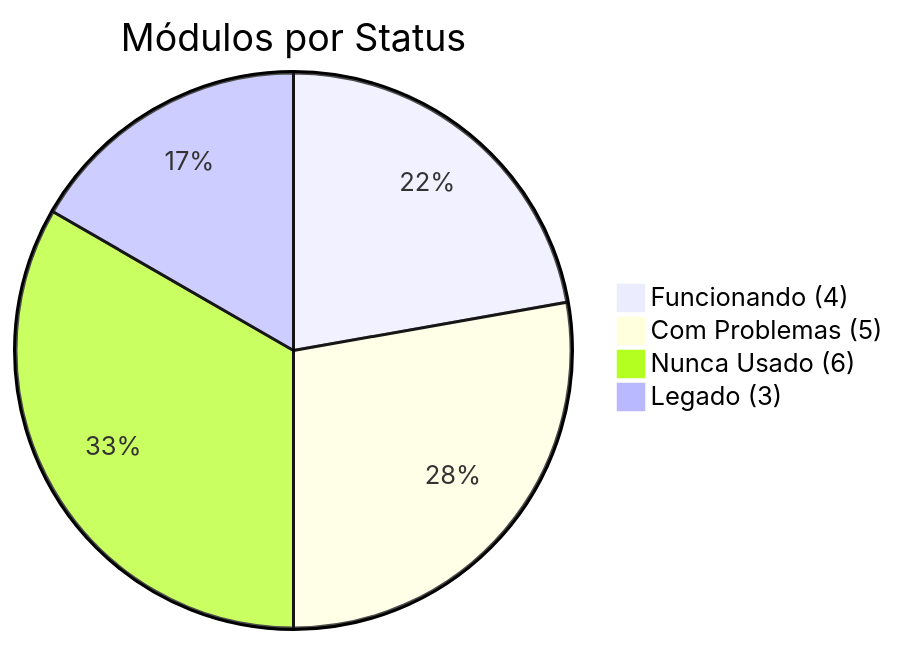
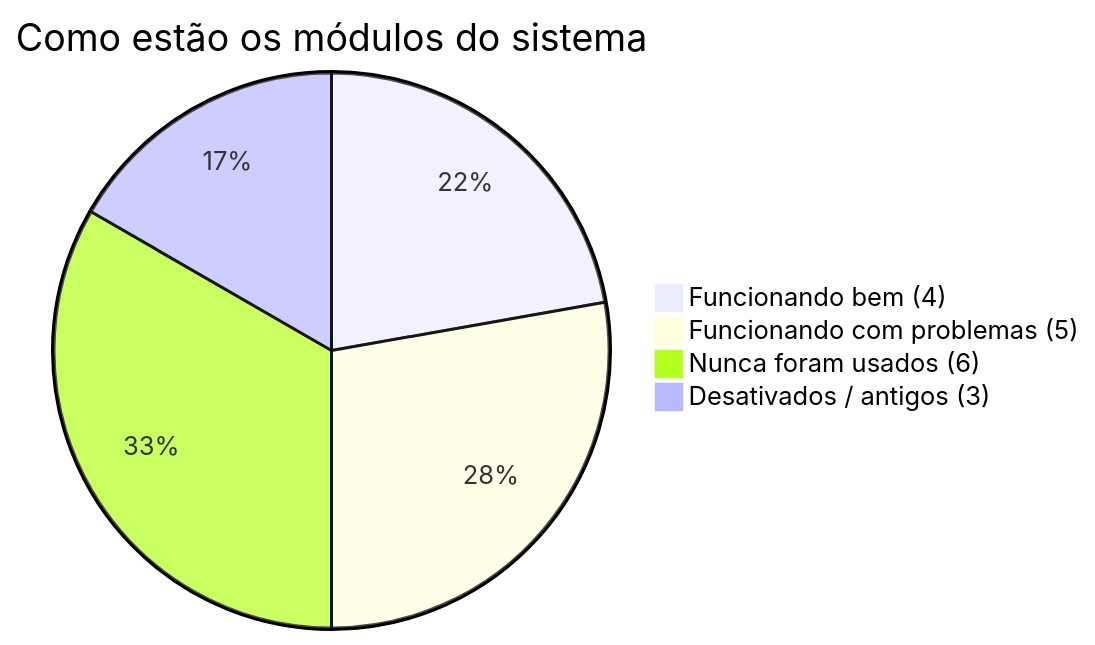
The first of 6 diagrams in DASHBOARD_SAUDE.md (Clovisposto/vite-canvas-joy), drawn with Mermaid before and after one commit. The commit also changed other lines of this file, not shown here.

````diff
--- a/DASHBOARD_SAUDE.md
+++ b/DASHBOARD_SAUDE.md
@@ -9,7 +9,7 @@
 ```mermaid
-pie title Módulos por Status
-    "Funcionando (4)" : 4
-    "Com Problemas (5)" : 5
-    "Nunca Usado (6)" : 6
-    "Legado (3)" : 3
+pie title Como estão os módulos do sistema
+    "Funcionando bem (4)" : 4
+    "Funcionando com problemas (5)" : 5
+    "Nunca foram usados (6)" : 6
+    "Desativados / antigos (3)" : 3
 ```
````
